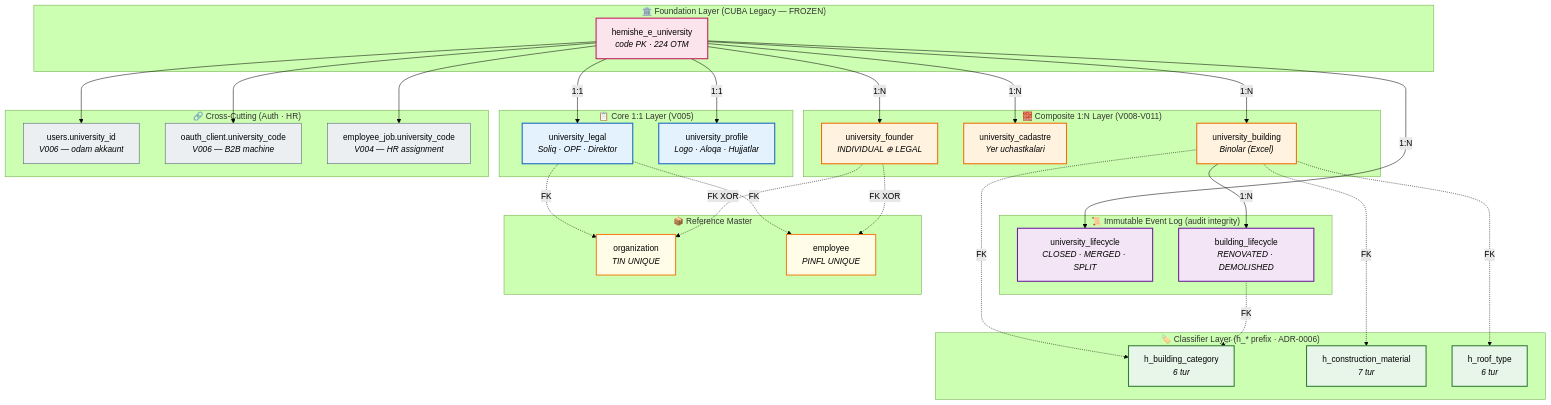
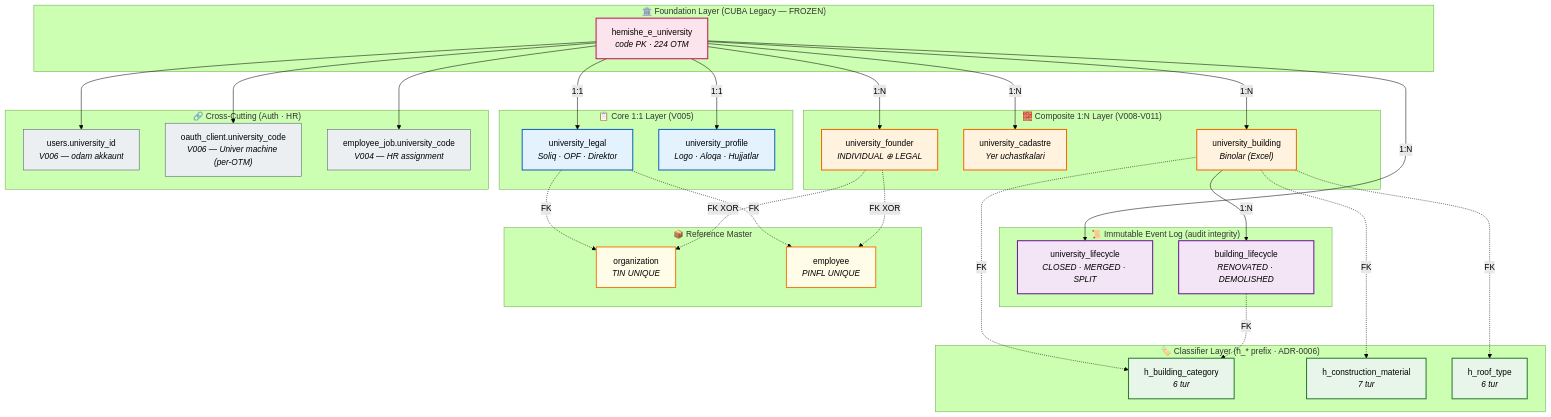
The first of 5 diagrams in docs/db-analysis/UNIVERSITY_ER_DIAGRAM.md (FeruzLatifov/hemis-back), drawn with Mermaid (forest theme) before and after one commit. The commit also changed other lines of this file, not shown here.

Commit message:
docs(claude): final B2B cleanup in db-analysis ER diagram

````diff
--- a/docs/db-analysis/UNIVERSITY_ER_DIAGRAM.md
+++ b/docs/db-analysis/UNIVERSITY_ER_DIAGRAM.md
@@ -20,77 +20,77 @@
 ```mermaid
 flowchart TB
     subgraph L1["🏛️ Foundation Layer (CUBA Legacy — FROZEN)"]
         UNI["hemishe_e_university<br/><i>code PK · 224 OTM</i>"]
     end
 
     subgraph L2["📋 Core 1:1 Layer (V005)"]
         ULEG["university_legal<br/><i>Soliq · OPF · Direktor</i>"]
         UPRO["university_profile<br/><i>Logo · Aloqa · Hujjatlar</i>"]
     end
 
     subgraph L3["🧱 Composite 1:N Layer (V008-V011)"]
         UFON["university_founder<br/><i>INDIVIDUAL ⊕ LEGAL</i>"]
         UCAD["university_cadastre<br/><i>Yer uchastkalari</i>"]
         UBLD["university_building<br/><i>Binolar (Excel)</i>"]
     end
 
     subgraph L4["📜 Immutable Event Log (audit integrity)"]
         ULIF["university_lifecycle<br/><i>CLOSED · MERGED · SPLIT</i>"]
         BLIF["building_lifecycle<br/><i>RENOVATED · DEMOLISHED</i>"]
     end
 
     subgraph L5["🏷️ Classifier Layer (h_* prefix · ADR-0006)"]
         HBC["h_building_category<br/><i>6 tur</i>"]
         HCM["h_construction_material<br/><i>7 tur</i>"]
         HRT["h_roof_type<br/><i>6 tur</i>"]
     end
 
     subgraph L6["🔗 Cross-Cutting (Auth · HR)"]
         USR["users.university_id<br/><i>V006 — odam akkaunt</i>"]
-        OAC["oauth_client.university_code<br/><i>V006 — B2B machine</i>"]
+        OAC["oauth_client.university_code<br/><i>V006 — Univer machine (per-OTM)</i>"]
         EJB["employee_job.university_code<br/><i>V004 — HR assignment</i>"]
     end
 
     subgraph L7["📦 Reference Master"]
         ORG["organization<br/><i>TIN UNIQUE</i>"]
         EMP["employee<br/><i>PINFL UNIQUE</i>"]
     end
 
     UNI -->|1:1| ULEG
     UNI -->|1:1| UPRO
     UNI -->|1:N| UFON
     UNI -->|1:N| ULIF
     UNI -->|1:N| UCAD
     UNI -->|1:N| UBLD
     UBLD -->|1:N| BLIF
 
     UBLD -.FK.-> HBC
     UBLD -.FK.-> HCM
     UBLD -.FK.-> HRT
     BLIF -.FK.-> HBC
 
     ULEG -.FK.-> ORG
     ULEG -.FK.-> EMP
     UFON -.FK XOR.-> EMP
     UFON -.FK XOR.-> ORG
 
     UNI --> USR
     UNI --> OAC
     UNI --> EJB
 
     classDef foundation fill:#fce4ec,stroke:#c2185b,stroke-width:2px,color:#000
     classDef core fill:#e3f2fd,stroke:#1565c0,stroke-width:2px,color:#000
     classDef composite fill:#fff3e0,stroke:#ef6c00,stroke-width:2px,color:#000
     classDef event fill:#f3e5f5,stroke:#6a1b9a,stroke-width:2px,color:#000
     classDef classifier fill:#e8f5e9,stroke:#2e7d32,stroke-width:2px,color:#000
     classDef crosscut fill:#eceff1,stroke:#455a64,stroke-width:1px,color:#000
     classDef reference fill:#fffde7,stroke:#f57f17,stroke-width:2px,color:#000
 
     class UNI foundation
     class ULEG,UPRO core
     class UFON,UCAD,UBLD composite
     class ULIF,BLIF event
     class HBC,HCM,HRT classifier
     class USR,OAC,EJB crosscut
     class ORG,EMP reference
 ```
````
